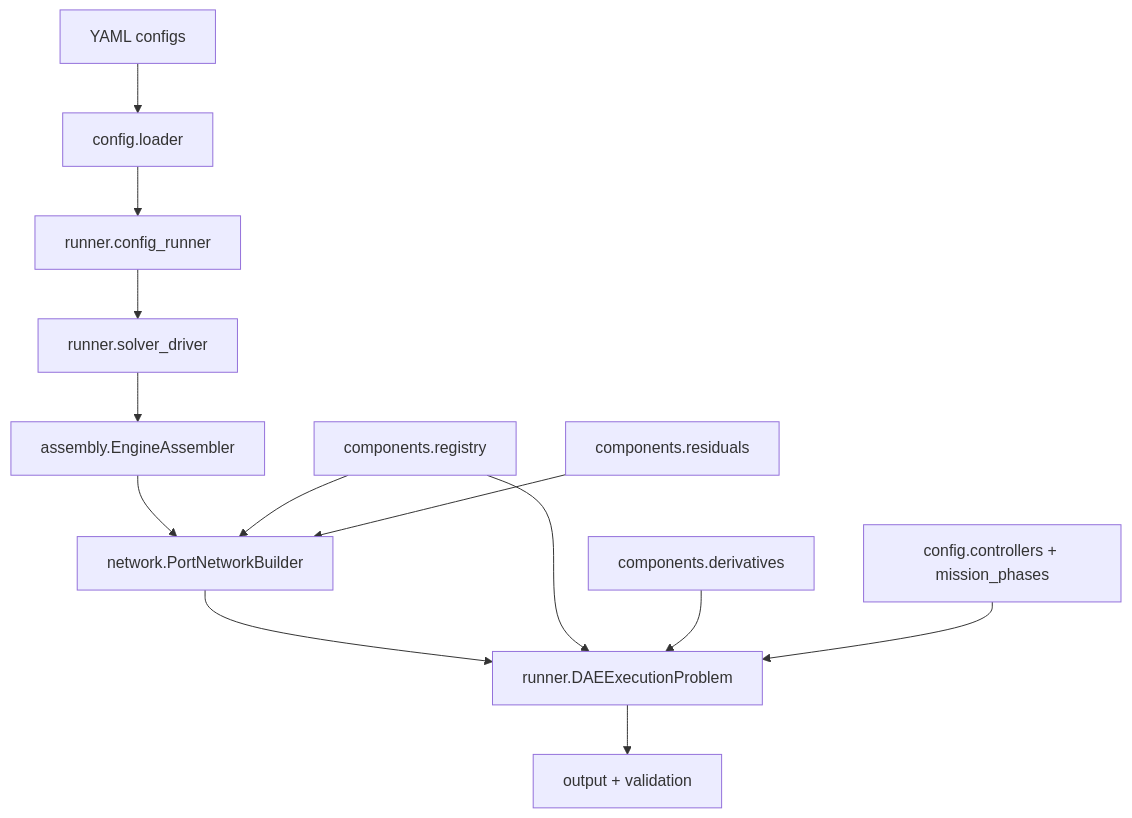
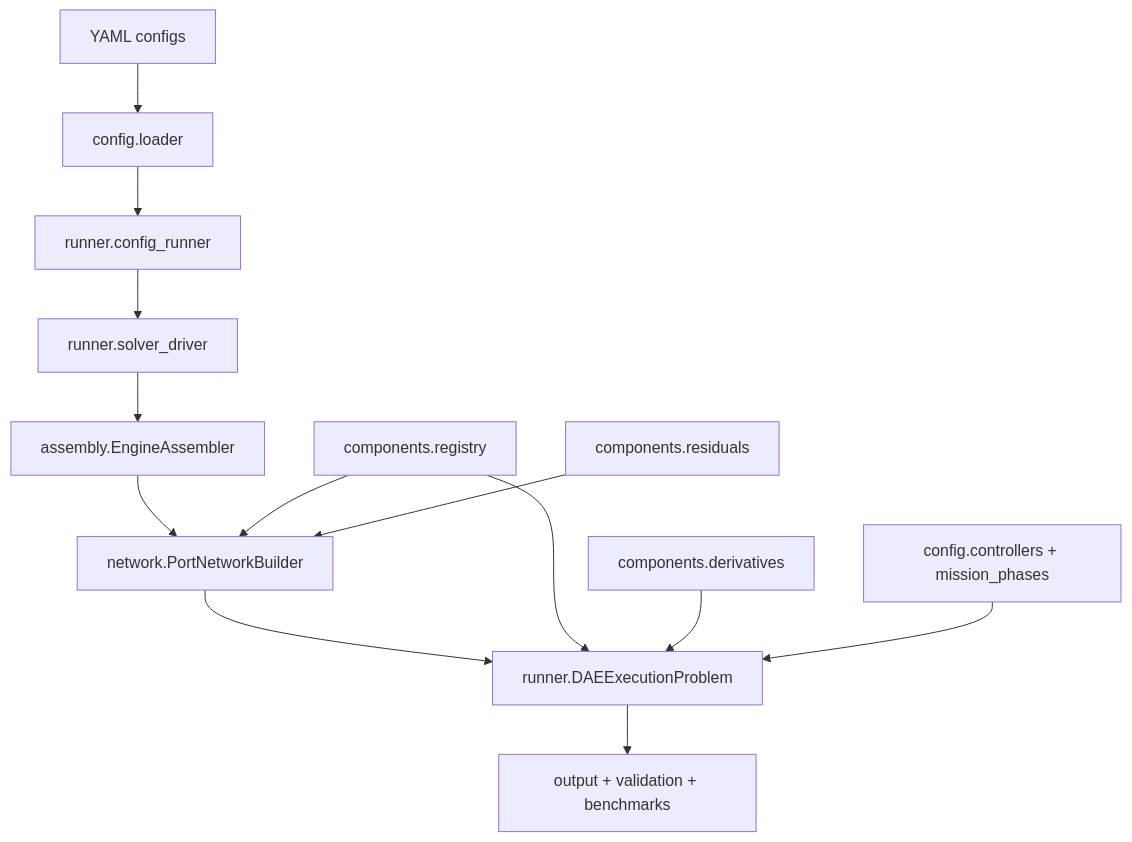
One commit to tysocks/ATHA changed the diagram in docs/ARCHITECTURE.md. Above: the diagram before and after it, drawn with Mermaid. The commit also changed other lines of this file and 13 other files, not shown here.

````diff
--- a/docs/ARCHITECTURE.md
+++ b/docs/ARCHITECTURE.md
@@ -42,15 +58,15 @@
 ```mermaid
 flowchart TD
   YAML[YAML configs] --> Loader[config.loader]
   Loader --> Runner[runner.config_runner]
   Runner --> Driver[runner.solver_driver]
   Driver --> Assembler[assembly.EngineAssembler]
   Assembler --> Ports[network.PortNetworkBuilder]
   Ports --> DAE[runner.DAEExecutionProblem]
   Registry[components.registry] --> Ports
   Registry --> DAE
   Residuals[components.residuals] --> Ports
   Derivatives[components.derivatives] --> DAE
   Controllers[config.controllers + mission_phases] --> DAE
-  DAE --> Outputs[output + validation]
+  DAE --> Outputs[output + validation + benchmarks]
 ```
````
